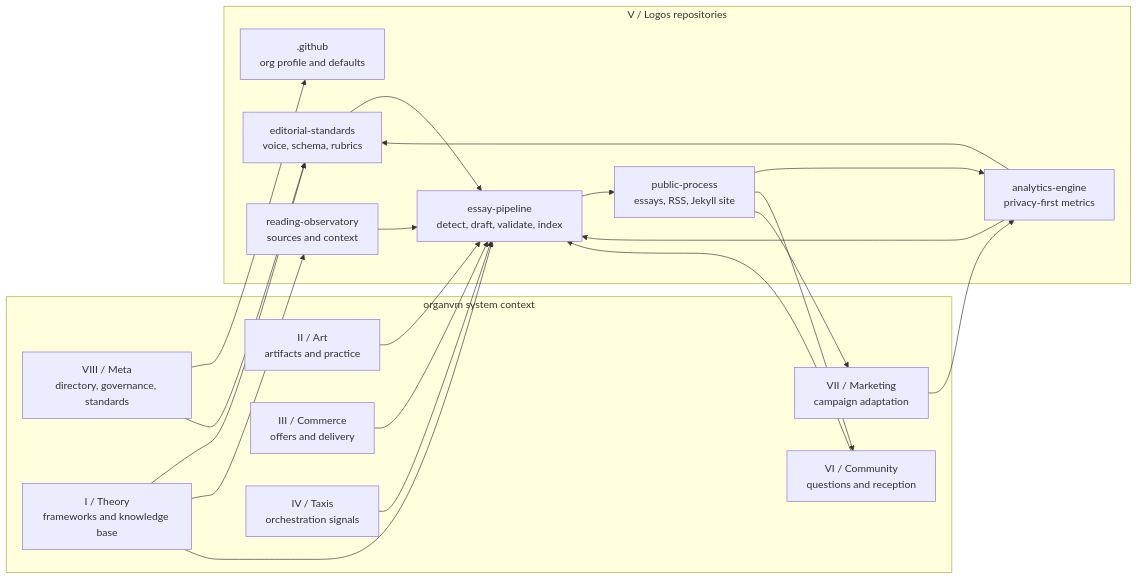
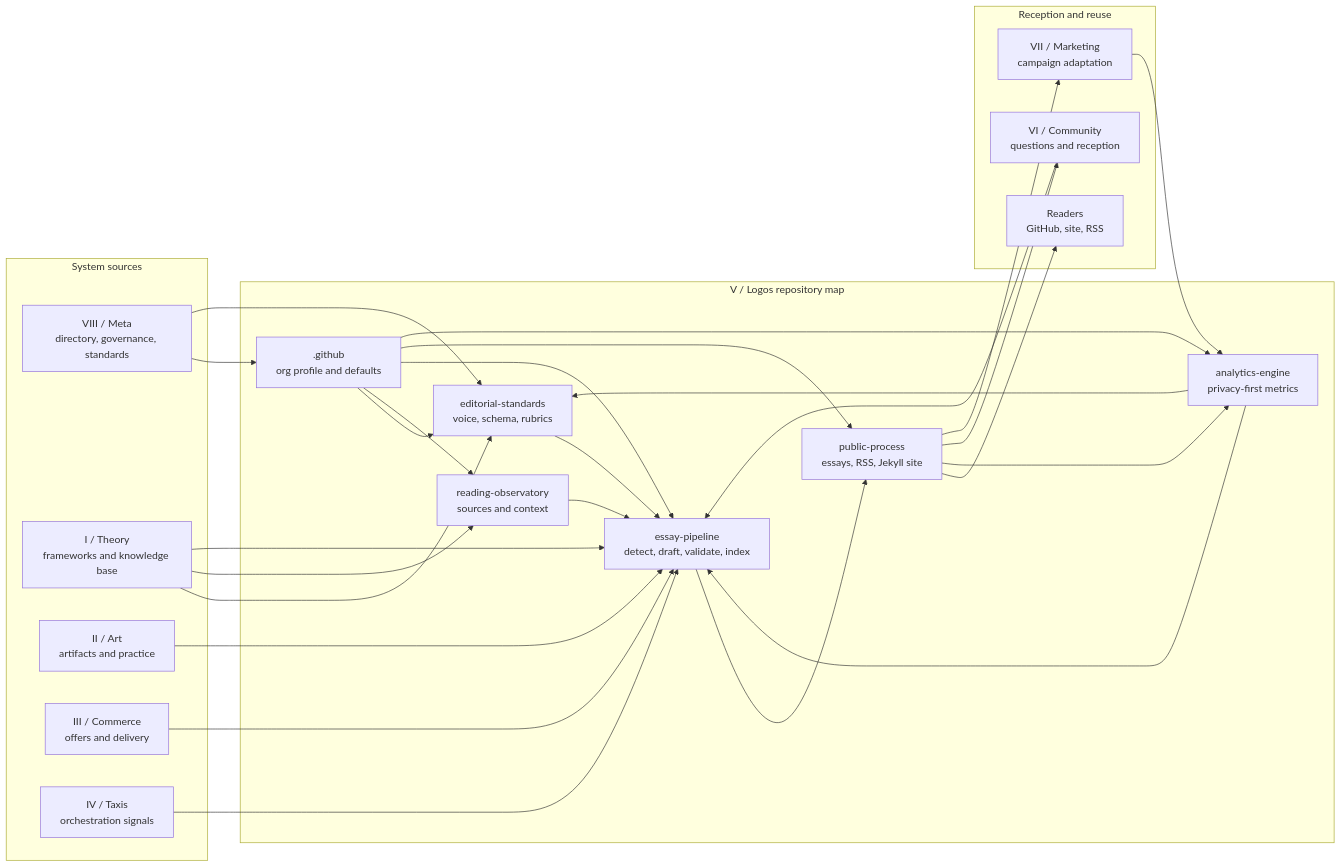
The diagram in profile/README.md (organvm-v-logos/.github), drawn with Mermaid before and after one commit. The commit also changed other lines of this file, not shown here.

First line of the commit message:
Add an architecture overview map in the profile (#40)

````diff
--- a/profile/README.md
+++ b/profile/README.md
@@ -72,40 +75,50 @@
 ```mermaid
 flowchart LR
-    subgraph System["organvm system context"]
+    subgraph Sources["System sources"]
         Meta["VIII / Meta<br/>directory, governance, standards"]
         Theory["I / Theory<br/>frameworks and knowledge base"]
         Art["II / Art<br/>artifacts and practice"]
         Commerce["III / Commerce<br/>offers and delivery"]
         Taxis["IV / Taxis<br/>orchestration signals"]
-        Community["VI / Community<br/>questions and reception"]
-        Kerygma["VII / Marketing<br/>campaign adaptation"]
     end
 
-    subgraph Logos["V / Logos repositories"]
+    subgraph Logos["V / Logos repository map"]
         GitHub[".github<br/>org profile and defaults"]
         Standards["editorial-standards<br/>voice, schema, rubrics"]
         Reading["reading-observatory<br/>sources and context"]
         Pipeline["essay-pipeline<br/>detect, draft, validate, index"]
         Public["public-process<br/>essays, RSS, Jekyll site"]
         Analytics["analytics-engine<br/>privacy-first metrics"]
     end
 
+    subgraph Reception["Reception and reuse"]
+        Readers["Readers<br/>GitHub, site, RSS"]
+        Community["VI / Community<br/>questions and reception"]
+        Kerygma["VII / Marketing<br/>campaign adaptation"]
+    end
+
     Meta --> GitHub
     Meta --> Standards
+    GitHub --> Standards
+    GitHub --> Reading
+    GitHub --> Pipeline
+    GitHub --> Public
+    GitHub --> Analytics
     Theory --> Standards
     Theory --> Reading
     Theory --> Pipeline
     Art --> Pipeline
     Commerce --> Pipeline
     Taxis --> Pipeline
     Reading --> Pipeline
     Standards --> Pipeline
     Pipeline --> Public
+    Public --> Readers
     Public --> Analytics
+    Public --> Community
+    Public --> Kerygma
+    Community --> Pipeline
+    Kerygma --> Analytics
     Analytics --> Standards
     Analytics --> Pipeline
-    Public --> Community
-    Community --> Pipeline
-    Public --> Kerygma
-    Kerygma --> Analytics
 ```
````
